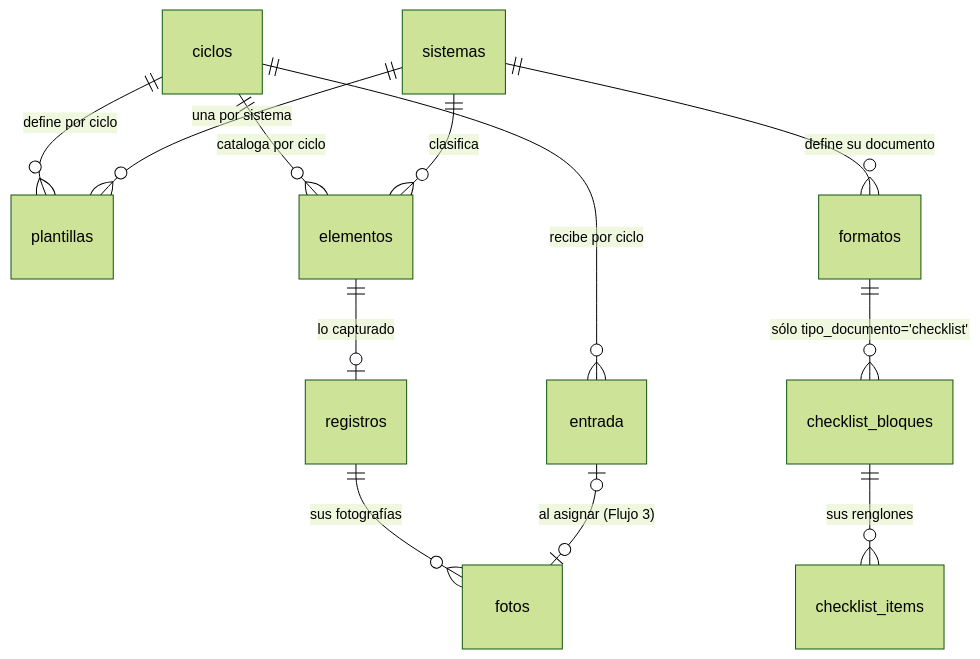
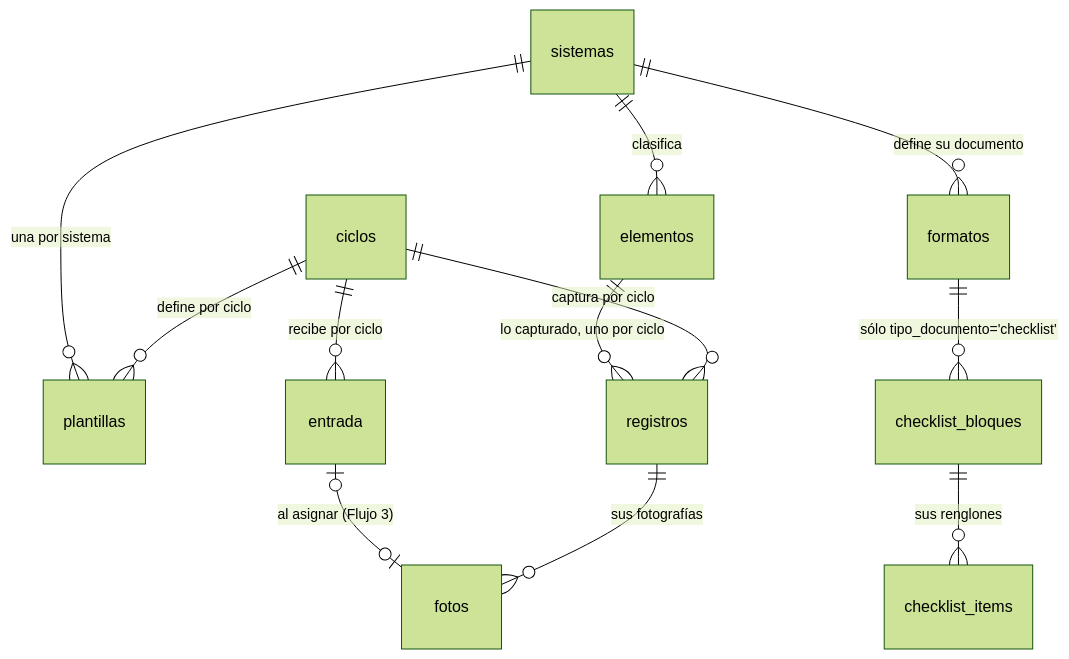
Before and after one commit to BenchHPZ/captura-revision-periodica-sci: the diagram in docs/modelo-de-datos.md, drawn with Mermaid (forest theme). The commit also changed other lines of this file and 16 other files, not shown here.

````diff
--- a/docs/modelo-de-datos.md
+++ b/docs/modelo-de-datos.md
@@ -10,14 +10,14 @@
 ```mermaid
 erDiagram
     ciclos ||--o{ plantillas : "define por ciclo"
-    ciclos ||--o{ elementos : "cataloga por ciclo"
+    ciclos ||--o{ registros : "captura por ciclo"
     ciclos ||--o{ entrada : "recibe por ciclo"
     sistemas ||--o{ plantillas : "una por sistema"
     sistemas ||--o{ elementos : "clasifica"
     sistemas ||--o{ formatos : "define su documento"
-    elementos ||--o| registros : "lo capturado"
+    elementos ||--o{ registros : "lo capturado, uno por ciclo"
     registros ||--o{ fotos : "sus fotografías"
     entrada |o--o| fotos : "al asignar (Flujo 3)"
     formatos ||--o{ checklist_bloques : "sólo tipo_documento='checklist'"
     checklist_bloques ||--o{ checklist_items : "sus renglones"
 ```
````
